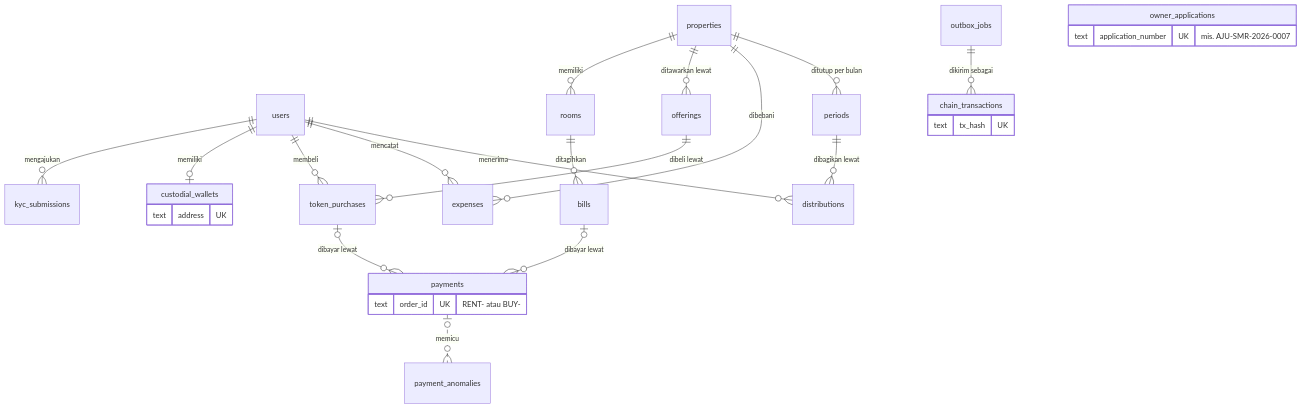
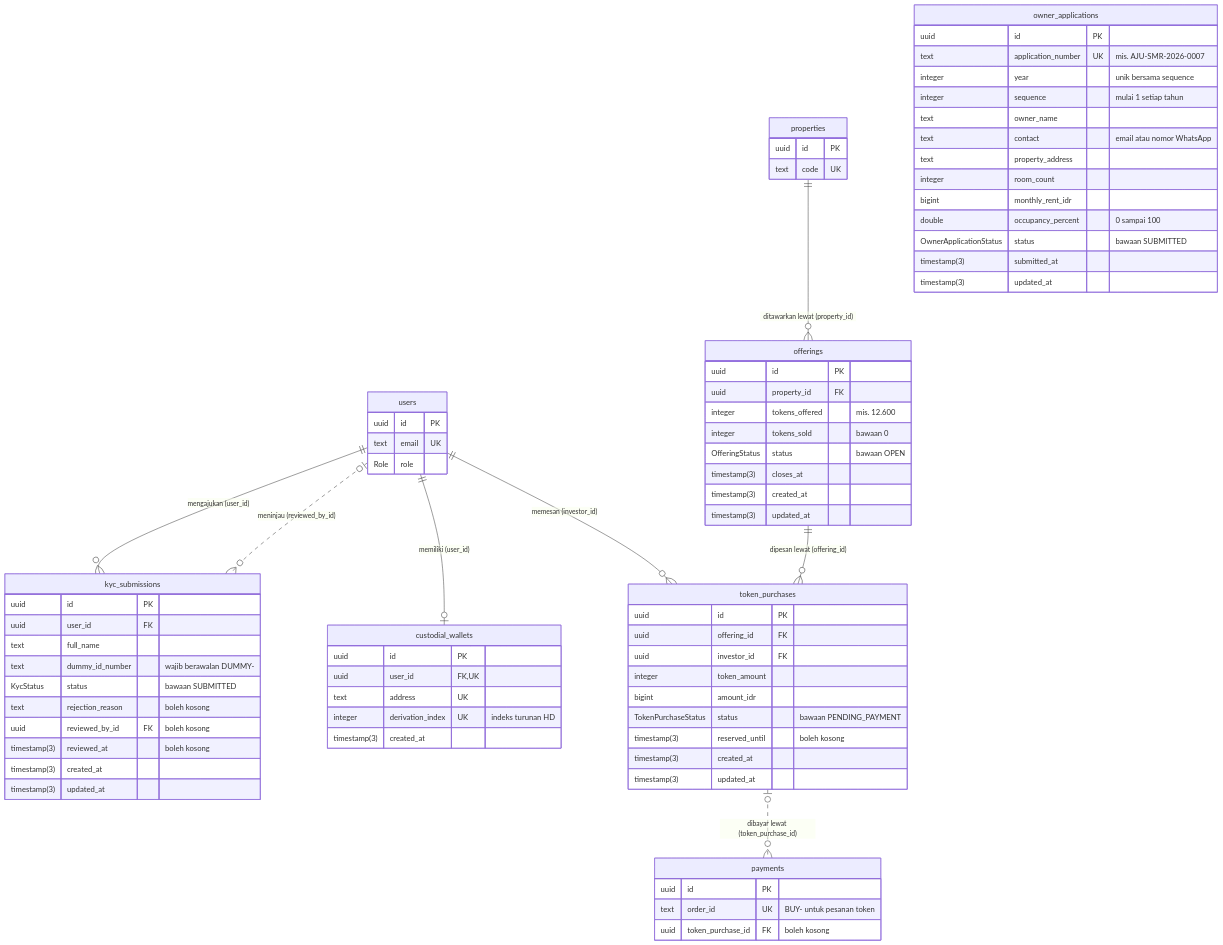
One commit to AhsanDz/kosbagi changed the second of 3 diagrams in docs/desain/erd.md. Above: the diagram before and after it, drawn with Mermaid. The commit also changed other lines of this file and 4 other files, not shown here.

First line of the commit message:
docs: perbarui dokumen desain ke progress 2 dan ERD v2

````diff
--- a/docs/desain/erd.md
+++ b/docs/desain/erd.md
@@ -239,32 +171,80 @@
 ```mermaid
 erDiagram
-    users ||--o{ kyc_submissions : "mengajukan"
-    users ||--o| custodial_wallets : "memiliki"
-    users ||--o{ token_purchases : "membeli"
-    users ||--o{ expenses : "mencatat"
-    users ||--o{ distributions : "menerima"
-    properties ||--o{ rooms : "memiliki"
-    rooms ||--o{ bills : "ditagihkan"
-    properties ||--o{ offerings : "ditawarkan lewat"
-    offerings ||--o{ token_purchases : "dibeli lewat"
-    bills |o--o{ payments : "dibayar lewat"
-    token_purchases |o--o{ payments : "dibayar lewat"
-    payments |o..o{ payment_anomalies : "memicu"
-    outbox_jobs ||--o{ chain_transactions : "dikirim sebagai"
-    properties ||--o{ expenses : "dibebani"
-    properties ||--o{ periods : "ditutup per bulan"
-    periods ||--o{ distributions : "dibagikan lewat"
+    users ||--o{ kyc_submissions : "mengajukan (user_id)"
+    users |o..o{ kyc_submissions : "meninjau (reviewed_by_id)"
+    users ||--o| custodial_wallets : "memiliki (user_id)"
+    users ||--o{ token_purchases : "memesan (investor_id)"
+    properties ||--o{ offerings : "ditawarkan lewat (property_id)"
+    offerings ||--o{ token_purchases : "dipesan lewat (offering_id)"
+    token_purchases |o..o{ payments : "dibayar lewat (token_purchase_id)"
 
+    users {
+        uuid id PK
+        text email UK
+        Role role
+    }
+    properties {
+        uuid id PK
+        text code UK
+    }
     payments {
-        text order_id UK "RENT- atau BUY-"
+        uuid id PK
+        text order_id UK "BUY- untuk pesanan token"
+        uuid token_purchase_id FK "boleh kosong"
+    }
+    kyc_submissions {
+        uuid id PK
+        uuid user_id FK
+        text full_name
+        text dummy_id_number "wajib berawalan DUMMY-"
+        KycStatus status "bawaan SUBMITTED"
+        text rejection_reason "boleh kosong"
+        uuid reviewed_by_id FK "boleh kosong"
+        timestamp(3) reviewed_at "boleh kosong"
+        timestamp(3) created_at
+        timestamp(3) updated_at
     }
     custodial_wallets {
+        uuid id PK
+        uuid user_id FK, UK
         text address UK
+        integer derivation_index UK "indeks turunan HD"
+        timestamp(3) created_at
     }
-    chain_transactions {
-        text tx_hash UK
+    offerings {
+        uuid id PK
+        uuid property_id FK
+        integer tokens_offered "mis. 12.600"
+        integer tokens_sold "bawaan 0"
+        OfferingStatus status "bawaan OPEN"
+        timestamp(3) closes_at
+        timestamp(3) created_at
+        timestamp(3) updated_at
+    }
+    token_purchases {
+        uuid id PK
+        uuid offering_id FK
+        uuid investor_id FK
+        integer token_amount
+        bigint amount_idr
+        TokenPurchaseStatus status "bawaan PENDING_PAYMENT"
+        timestamp(3) reserved_until "boleh kosong"
+        timestamp(3) created_at
+        timestamp(3) updated_at
     }
     owner_applications {
+        uuid id PK
         text application_number UK "mis. AJU-SMR-2026-0007"
+        integer year "unik bersama sequence"
+        integer sequence "mulai 1 setiap tahun"
+        text owner_name
+        text contact "email atau nomor WhatsApp"
+        text property_address
+        integer room_count
+        bigint monthly_rent_idr
+        double occupancy_percent "0 sampai 100"
+        OwnerApplicationStatus status "bawaan SUBMITTED"
+        timestamp(3) submitted_at
+        timestamp(3) updated_at
     }
 ```
````
